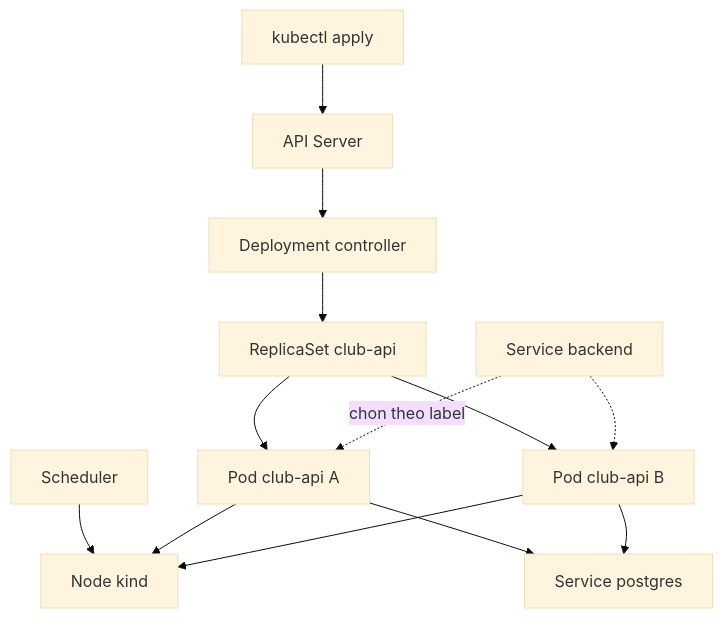
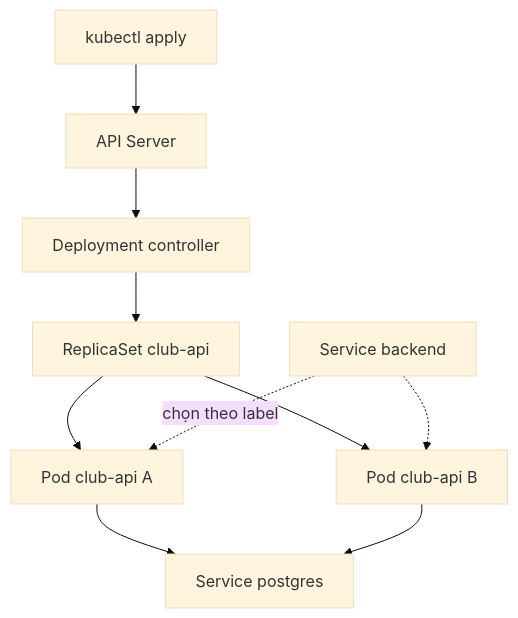
The diagram in labs/week-11/session-22.md (TienNHM/devops-course), drawn with Mermaid (base theme) before and after one commit. The commit also changed other lines of this file and 266 other files, not shown here.

````diff
--- a/labs/week-11/session-22.md
+++ b/labs/week-11/session-22.md
@@ -103,15 +56,12 @@
 ```mermaid
 flowchart TD
     U["kubectl apply"] --> API["API Server"]
     API --> DC["Deployment controller"]
     DC --> RS["ReplicaSet club-api"]
     RS --> P1["Pod club-api A"]
     RS --> P2["Pod club-api B"]
-    SCH["Scheduler"] --> N["Node kind"]
-    P1 --> N
-    P2 --> N
-    SVC["Service backend"] -. chon theo label .-> P1
+    SVC["Service backend"] -. chọn theo label .-> P1
     SVC -.-> P2
     P1 --> PG["Service postgres"]
     P2 --> PG
 ```
````
